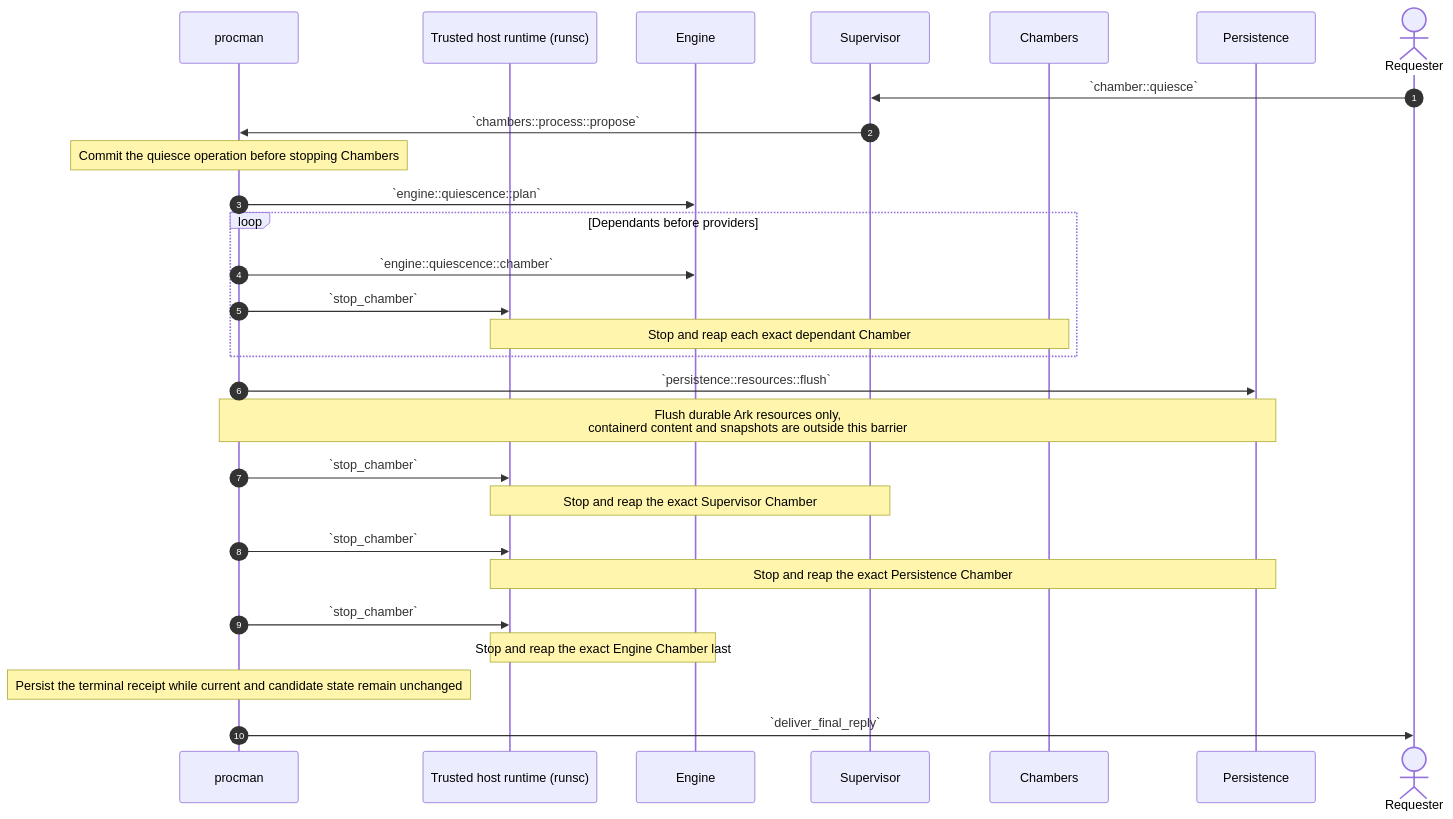
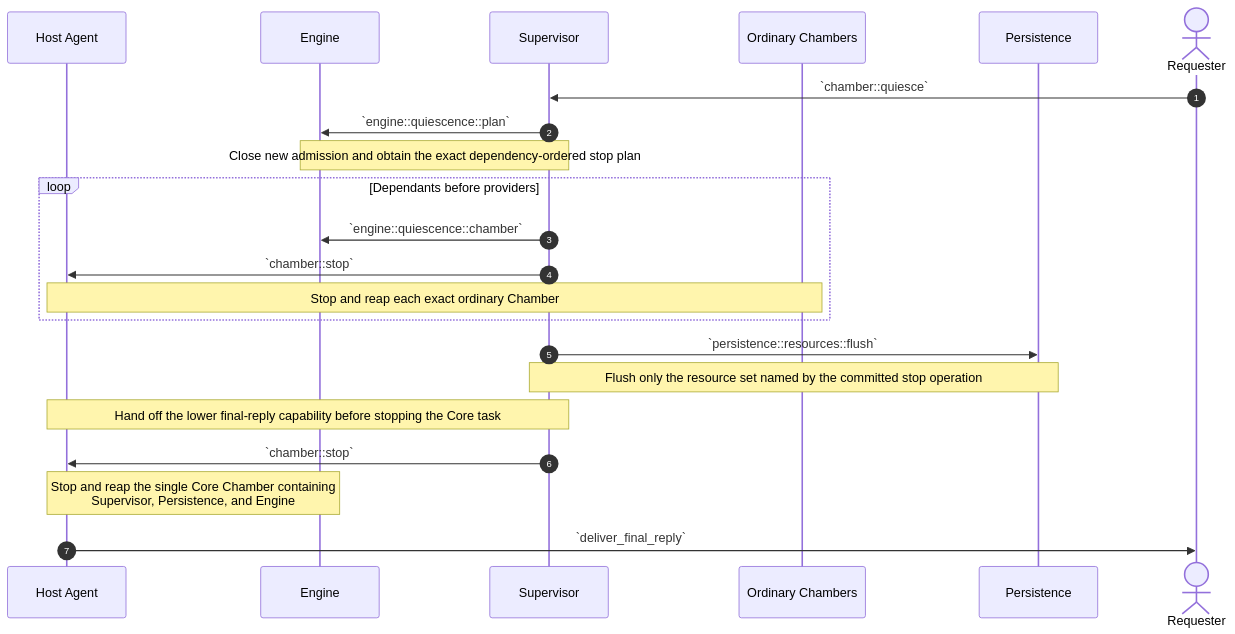
One commit to dreamcatcher-tech/chambers-lifecycle-explorer changed diagram 14 of 15 in source/chambers-lifecycle-sequences.md. Above: the diagram before and after it, drawn with Mermaid. The commit also changed other lines of this file and 8 other files, not shown here.

Commit message:
docs: sync single-image Core lifecycle

````diff
--- a/source/chambers-lifecycle-sequences.md
+++ b/source/chambers-lifecycle-sequences.md
@@ -1576,33 +1177,27 @@
 ```mermaid
 sequenceDiagram
     autonumber
-    participant procman
-    participant Runtime as Trusted host runtime (runsc)
+    participant HostAgent as Host Agent
     participant Engine
     participant Supervisor
-    participant Members as Chambers
+    participant Members as Ordinary Chambers
     participant Persistence
     actor Requester
 
     Requester->>Supervisor: `chamber::quiesce`
-    Supervisor->>procman: `chambers::process::propose`
-    Note over procman: Commit the quiesce operation before stopping Chambers
-    procman->>Engine: `engine::quiescence::plan`
+    Supervisor->>Engine: `engine::quiescence::plan`
+    Note over Supervisor,Engine: Close new admission and obtain the exact dependency-ordered stop plan
 
     loop Dependants before providers
-        procman->>Engine: `engine::quiescence::chamber`
-        procman->>Runtime: `stop_chamber`
-        Note over Runtime,Members: Stop and reap each exact dependant Chamber
+        Supervisor->>Engine: `engine::quiescence::chamber`
+        Supervisor->>HostAgent: `chamber::stop`
+        Note over HostAgent,Members: Stop and reap each exact ordinary Chamber
     end
 
-    procman->>Persistence: `persistence::resources::flush`
-    Note over procman,Persistence: Flush durable Ark resources only,<br/>containerd content and snapshots are outside this barrier
-    procman->>Runtime: `stop_chamber`
-    Note over Runtime,Supervisor: Stop and reap the exact Supervisor Chamber
-    procman->>Runtime: `stop_chamber`
-    Note over Runtime,Persistence: Stop and reap the exact Persistence Chamber
-    procman->>Runtime: `stop_chamber`
-    Note over Runtime,Engine: Stop and reap the exact Engine Chamber last
-    Note over procman: Persist the terminal receipt while current and candidate state remain unchanged
-    procman->>Requester: `deliver_final_reply`
+    Supervisor->>Persistence: `persistence::resources::flush`
+    Note over Supervisor,Persistence: Flush only the resource set named by the committed stop operation
+    Note over Supervisor,HostAgent: Hand off the lower final-reply capability before stopping the Core task
+    Supervisor->>HostAgent: `chamber::stop`
+    Note over HostAgent,Engine: Stop and reap the single Core Chamber containing<br/>Supervisor, Persistence, and Engine
+    HostAgent->>Requester: `deliver_final_reply`
 ```
````
